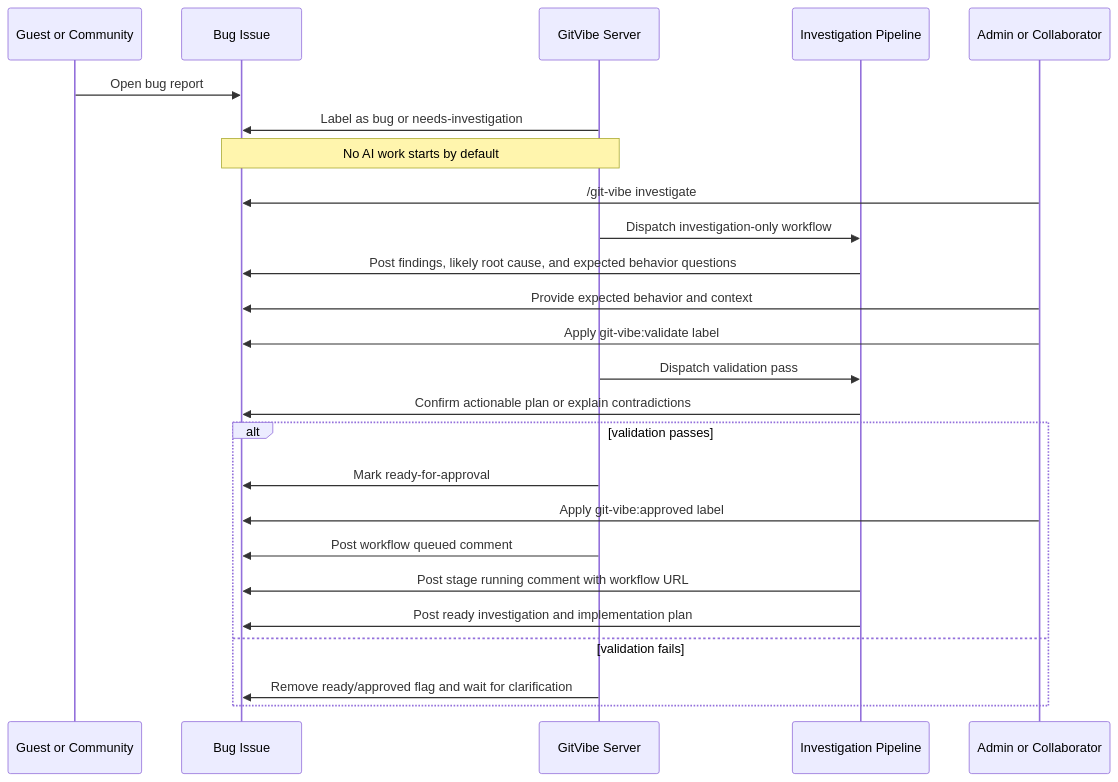
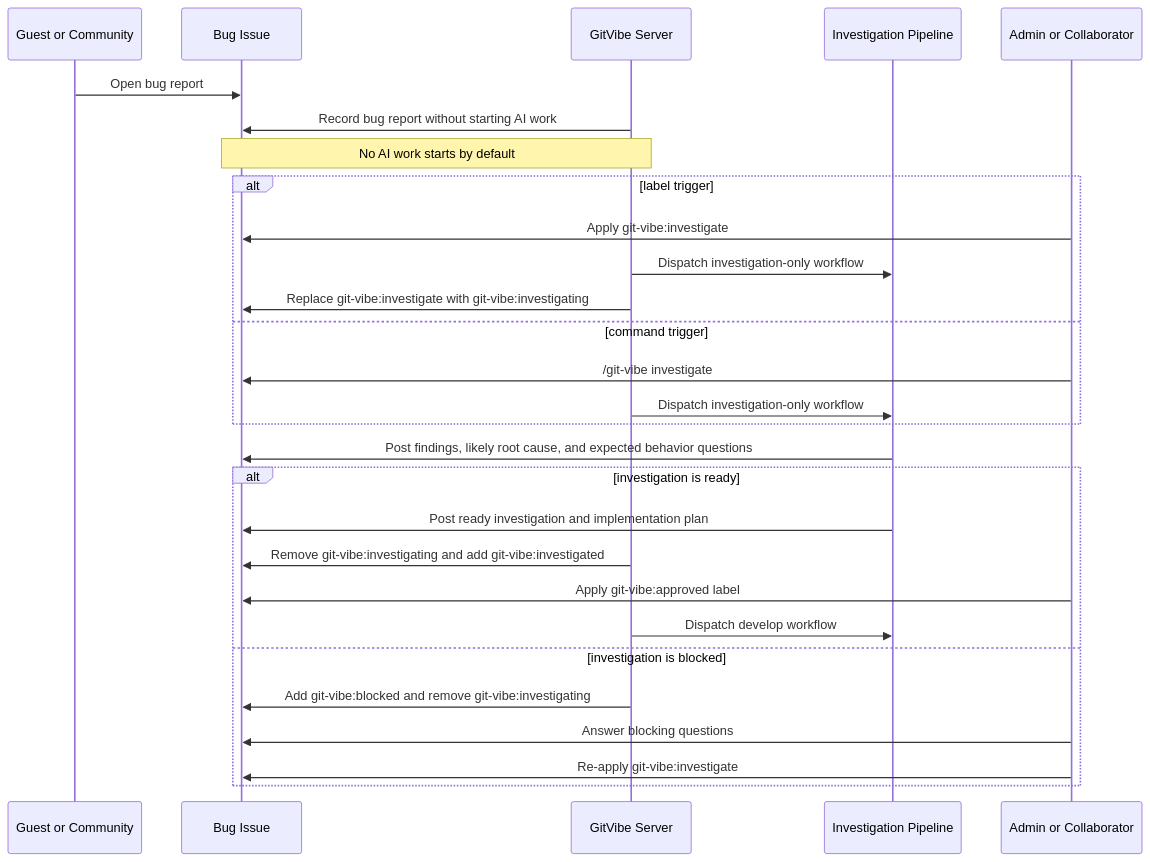
One commit to markhuangai/git-vibe changed the fourth of 6 diagrams in docs/WORKFLOW.md. Above: the diagram before and after it, drawn with Mermaid. The commit also changed other lines of this file and 17 other files, not shown here.

````diff
--- a/docs/WORKFLOW.md
+++ b/docs/WORKFLOW.md
@@ -219,31 +254,33 @@
 ```mermaid
 sequenceDiagram
   participant Guest as Guest or Community
   participant Issue as Bug Issue
   participant App as GitVibe Server
   participant AI as Investigation Pipeline
   participant Maint as Admin or Collaborator
 
   Guest->>Issue: Open bug report
-  App->>Issue: Label as bug or needs-investigation
+  App->>Issue: Record bug report without starting AI work
   Note over App,Issue: No AI work starts by default
 
-  Maint->>Issue: /git-vibe investigate
-  App->>AI: Dispatch investigation-only workflow
+  alt label trigger
+    Maint->>Issue: Apply git-vibe:investigate
+    App->>AI: Dispatch investigation-only workflow
+    App->>Issue: Replace git-vibe:investigate with git-vibe:investigating
+  else command trigger
+    Maint->>Issue: /git-vibe investigate
+    App->>AI: Dispatch investigation-only workflow
+  end
   AI->>Issue: Post findings, likely root cause, and expected behavior questions
 
-  Maint->>Issue: Provide expected behavior and context
-  Maint->>Issue: Apply git-vibe:validate label
-  App->>AI: Dispatch validation pass
-  AI->>Issue: Confirm actionable plan or explain contradictions
-
-  alt validation passes
-    App->>Issue: Mark ready-for-approval
+  alt investigation is ready
+    AI->>Issue: Post ready investigation and implementation plan
+    App->>Issue: Remove git-vibe:investigating and add git-vibe:investigated
     Maint->>Issue: Apply git-vibe:approved label
-    App->>Issue: Post workflow queued comment
-    AI->>Issue: Post stage running comment with workflow URL
-    AI->>Issue: Post ready investigation and implementation plan
-  else validation fails
-    App->>Issue: Remove ready/approved flag and wait for clarification
+    App->>AI: Dispatch develop workflow
+  else investigation is blocked
+    App->>Issue: Add git-vibe:blocked and remove git-vibe:investigating
+    Maint->>Issue: Answer blocking questions
+    Maint->>Issue: Re-apply git-vibe:investigate
   end
 ```
````
